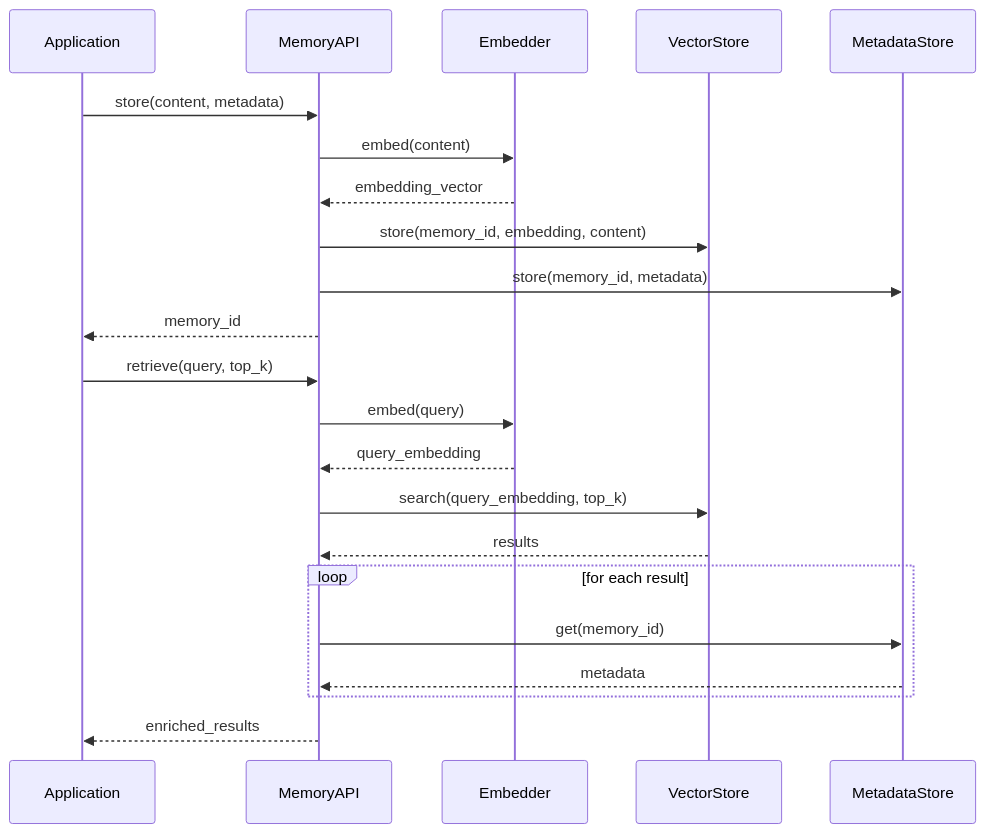
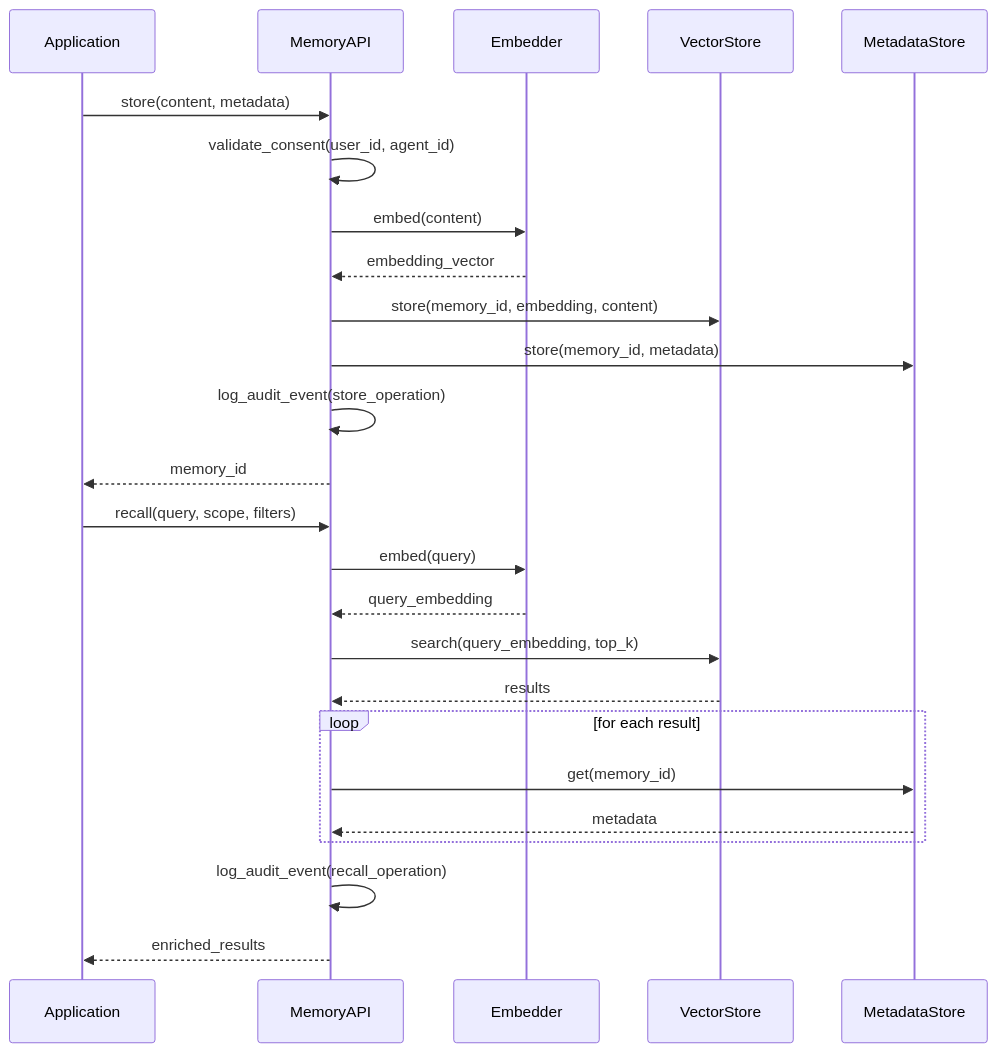
One commit to memorix-ai/memorix-sdk changed the third of 6 diagrams in docs/ARCHITECTURE.md. Above: the diagram before and after it, drawn with Mermaid. The commit also changed other lines of this file and 31 other files, not shown here.

````diff
--- a/docs/ARCHITECTURE.md
+++ b/docs/ARCHITECTURE.md
@@ -108,26 +148,29 @@
 ```mermaid
 sequenceDiagram
     participant App as Application
     participant API as MemoryAPI
     participant Emb as Embedder
     participant VS as VectorStore
     participant MS as MetadataStore
     
     App->>API: store(content, metadata)
+    API->>API: validate_consent(user_id, agent_id)
     API->>Emb: embed(content)
     Emb-->>API: embedding_vector
     API->>VS: store(memory_id, embedding, content)
     API->>MS: store(memory_id, metadata)
+    API->>API: log_audit_event(store_operation)
     API-->>App: memory_id
     
-    App->>API: retrieve(query, top_k)
+    App->>API: recall(query, scope, filters)
     API->>Emb: embed(query)
     Emb-->>API: query_embedding
     API->>VS: search(query_embedding, top_k)
     VS-->>API: results
     loop for each result
         API->>MS: get(memory_id)
         MS-->>API: metadata
     end
+    API->>API: log_audit_event(recall_operation)
     API-->>App: enriched_results
 ```
````
